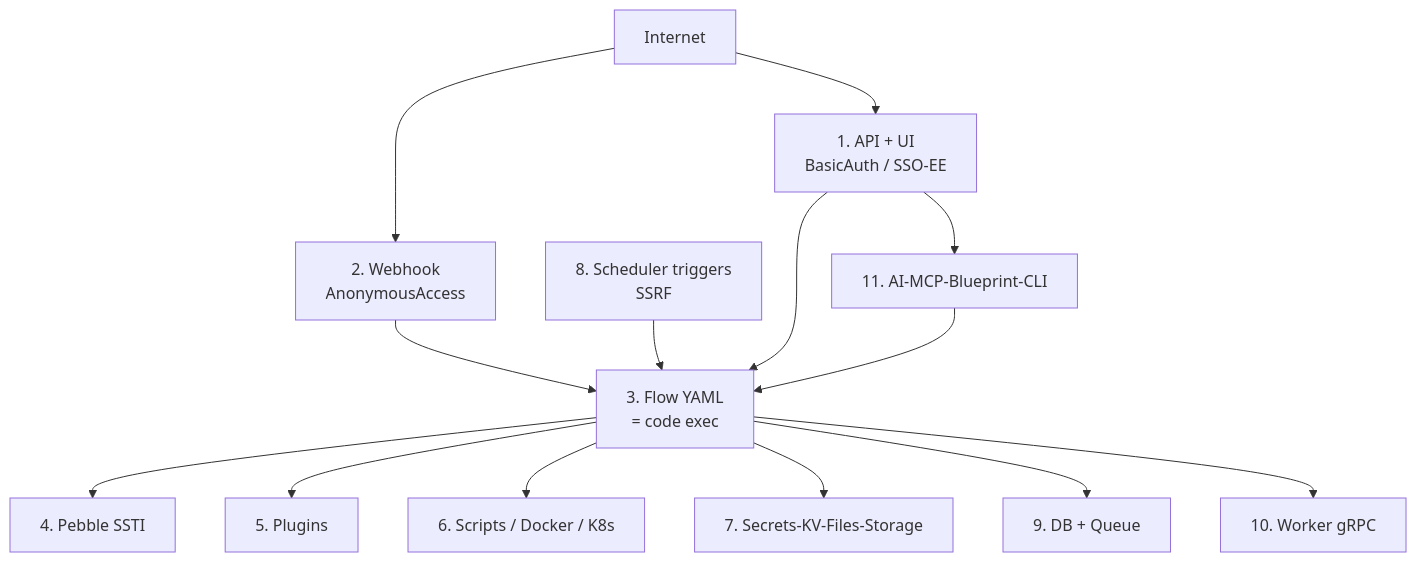
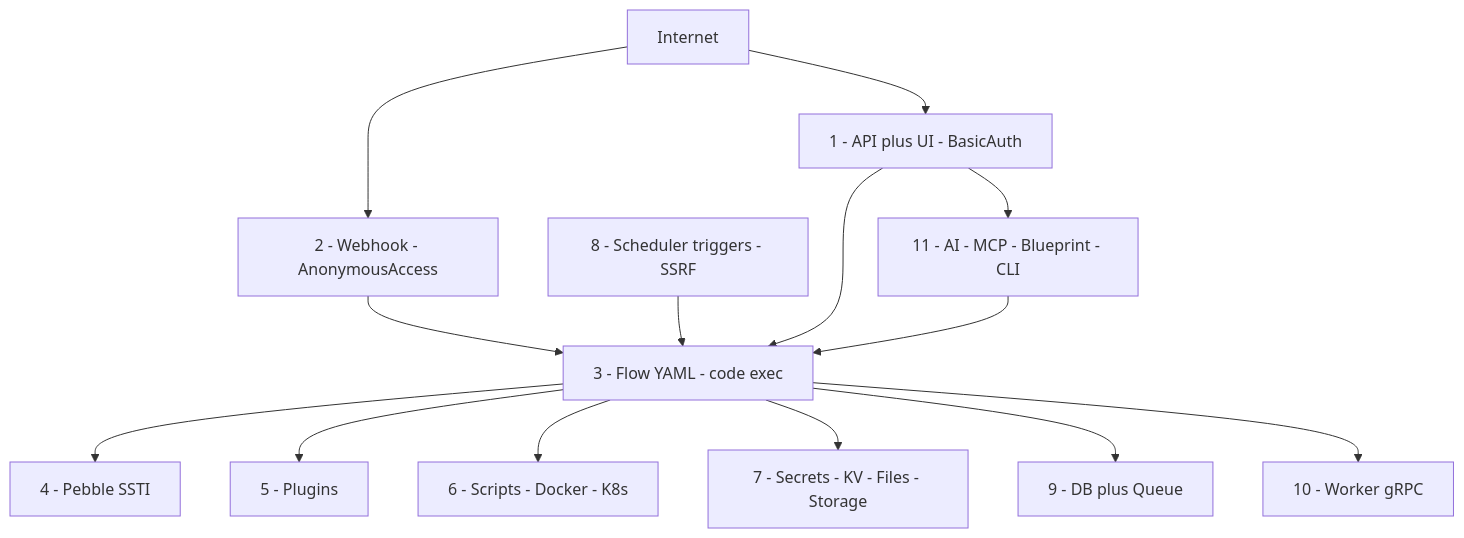
Before and after one commit to sagarkhandagre998/kestra: the diagram in kestra-explained/04-attack-surface-count.md, drawn with Mermaid. The commit also changed 1 other file, not shown here.

````diff
--- a/kestra-explained/04-attack-surface-count.md
+++ b/kestra-explained/04-attack-surface-count.md
@@ -25,16 +25,16 @@
 ```mermaid
 flowchart TB
-  Internet --> S2[2. Webhook<br/>AnonymousAccess]
-  Internet --> S1[1. API + UI<br/>BasicAuth / SSO-EE]
-  S1 --> S3[3. Flow YAML<br/>= code exec]
+  Internet --> S2["2 - Webhook - AnonymousAccess"]
+  Internet --> S1["1 - API plus UI - BasicAuth"]
+  S1 --> S3["3 - Flow YAML - code exec"]
   S2 --> S3
-  S3 --> S4[4. Pebble SSTI]
-  S3 --> S5[5. Plugins]
-  S3 --> S6[6. Scripts / Docker / K8s]
-  S3 --> S7[7. Secrets-KV-Files-Storage]
-  S8[8. Scheduler triggers<br/>SSRF] --> S3
-  S3 --> S9[9. DB + Queue]
-  S3 --> S10[10. Worker gRPC]
-  S1 --> S11[11. AI-MCP-Blueprint-CLI]
+  S3 --> S4["4 - Pebble SSTI"]
+  S3 --> S5["5 - Plugins"]
+  S3 --> S6["6 - Scripts - Docker - K8s"]
+  S3 --> S7["7 - Secrets - KV - Files - Storage"]
+  S8["8 - Scheduler triggers - SSRF"] --> S3
+  S3 --> S9["9 - DB plus Queue"]
+  S3 --> S10["10 - Worker gRPC"]
+  S1 --> S11["11 - AI - MCP - Blueprint - CLI"]
   S11 --> S3
 ```
````
